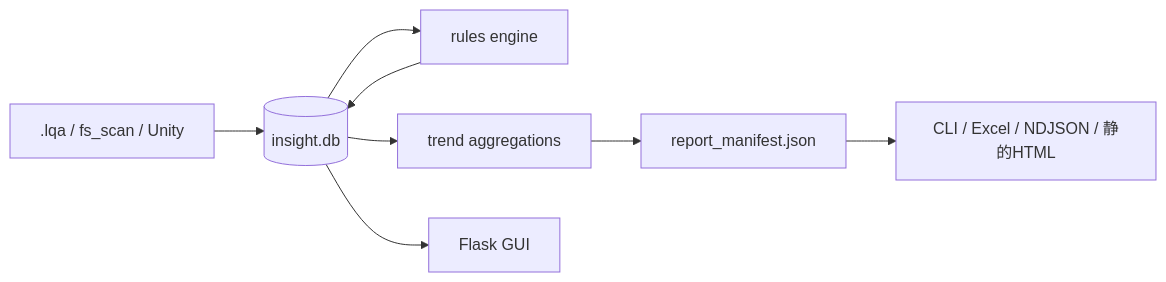
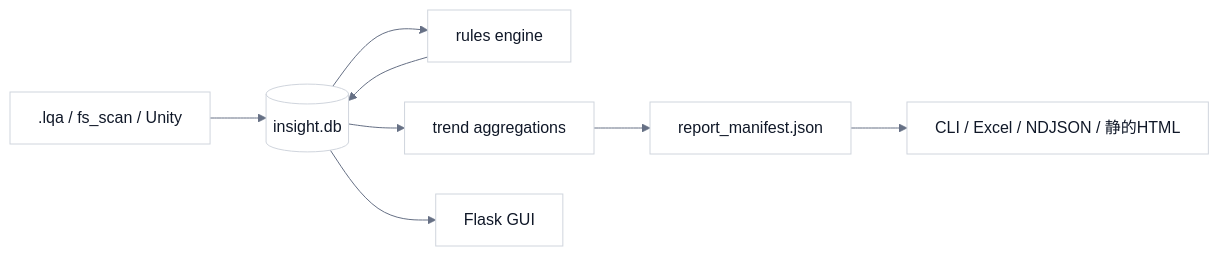
The diagram in README.md (manato1201/AssetDataInsightSuite), drawn with Mermaid before and after one commit. The commit also changed 16 other files, not shown here.

Commit message:
docs: 講義(5 回)・構成図・既知の問題を追加する(学習資料・README 整理は途中)

````diff
--- a/README.md
+++ b/README.md
@@ -9,10 +9,11 @@
 ```mermaid
+%%{init: {"theme":"base","fontFamily":"Noto Sans JP, Hiragino Sans, Meiryo, sans-serif","themeVariables":{"fontFamily":"Noto Sans JP, Hiragino Sans, Meiryo, sans-serif","primaryColor":"#ffffff","primaryBorderColor":"#d0d5dd","primaryTextColor":"#101828","lineColor":"#667085","clusterBkg":"#f2f4f7","clusterBorder":"#d0d5dd","edgeLabelBackground":"#ffffff"},"flowchart":{"wrappingWidth":480,"nodeSpacing":40,"rankSpacing":56,"padding":14},"sequence":{"mirrorActors":false,"wrap":false,"width":150,"actorMargin":30,"messageMargin":34}}}%%
 flowchart LR
     A[".lqa / fs_scan / Unity"] --> B[(insight.db)]
     B --> C[rules engine]
     C --> B
     B --> D[trend aggregations]
     D --> E[report_manifest.json]
     E --> F["CLI / Excel / NDJSON / 静的HTML"]
     B --> G[Flask GUI]
 ```
````
